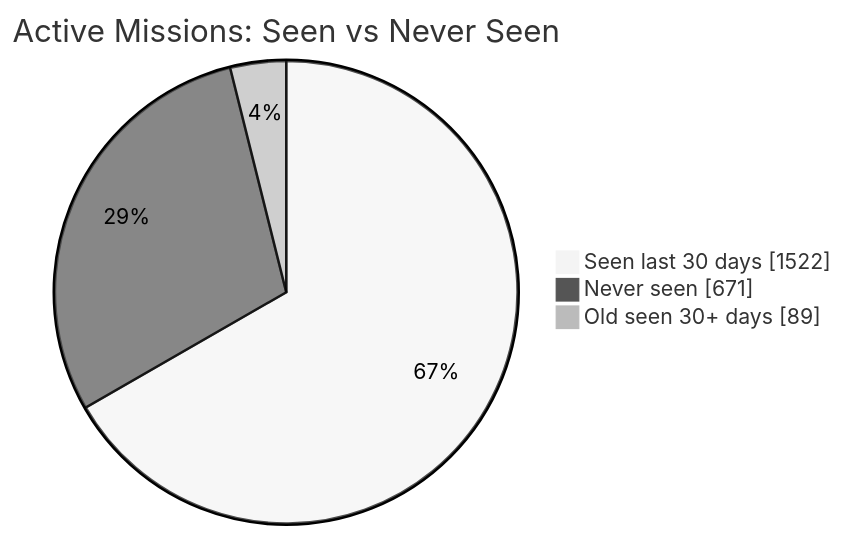
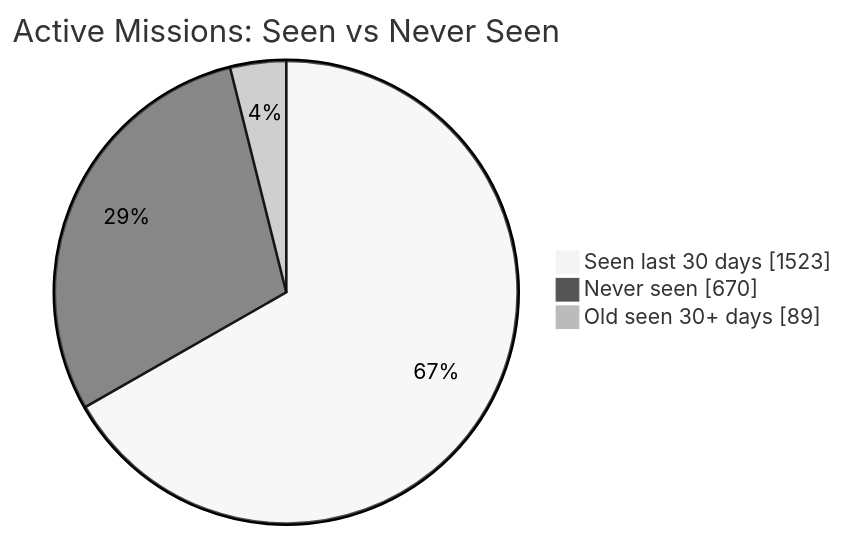
One commit to MeldkamerspelGameTeam/active-missions changed the first of 2 diagrams in README.md. Above: the diagram before and after it, drawn with Mermaid (neutral theme). The commit also changed other lines of this file and 2 other files, not shown here.

````diff
--- a/README.md
+++ b/README.md
@@ -34,7 +34,7 @@
 ```mermaid
 pie showData
     title Active Missions: Seen vs Never Seen
-    "Seen last 30 days" : 1522
-    "Never seen" : 671
+    "Seen last 30 days" : 1523
+    "Never seen" : 670
     "Old seen 30+ days" : 89
 ```
````
